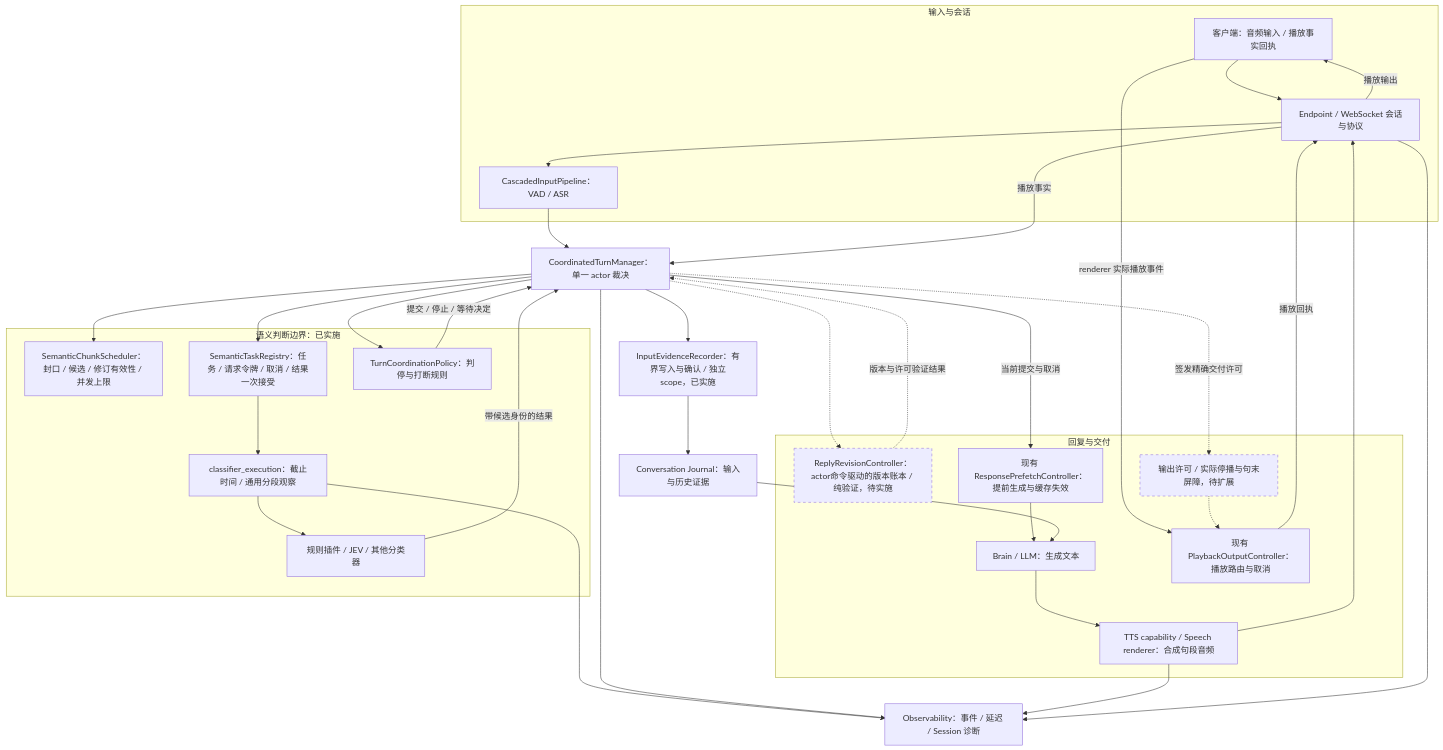
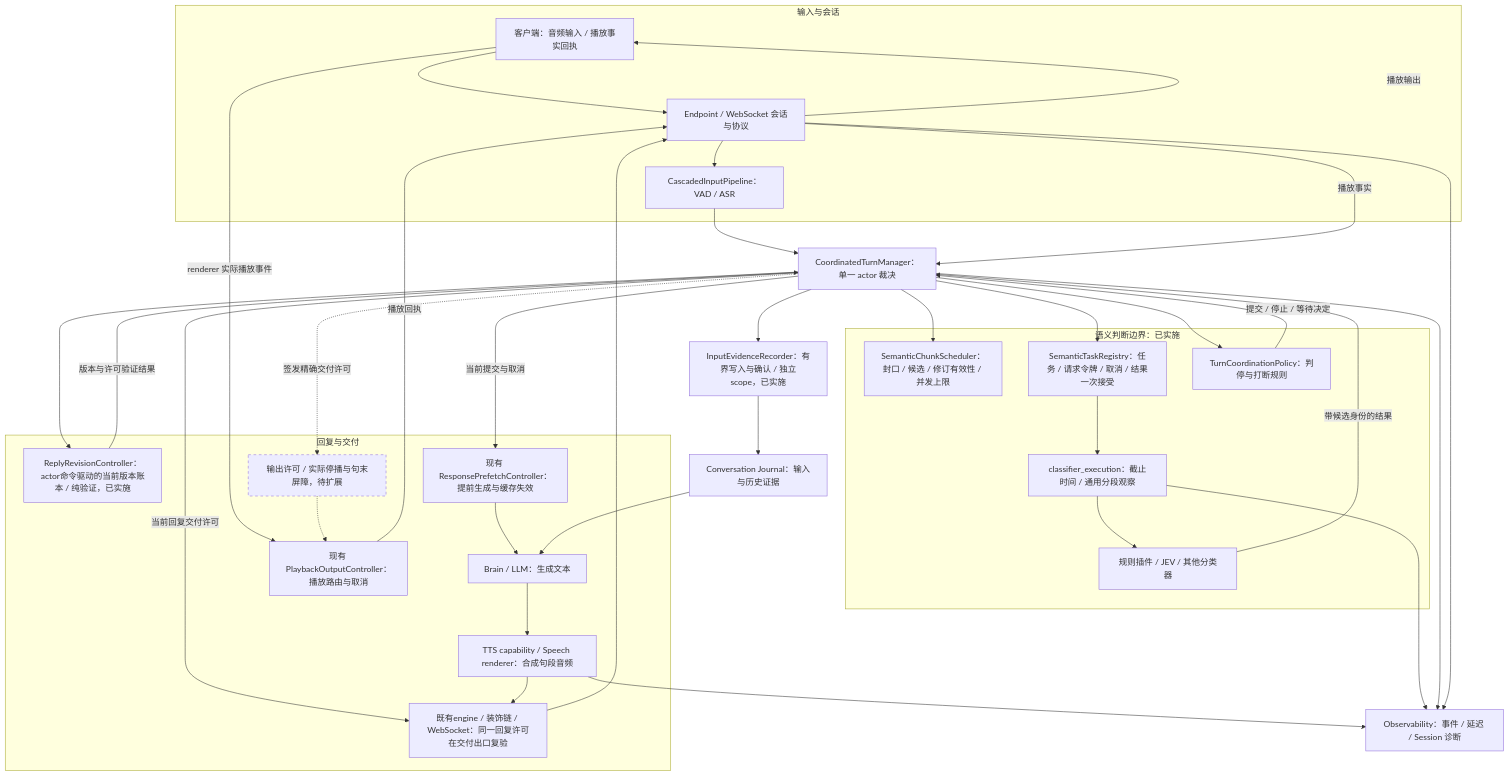
The diagram in docs/design/2026-10-05-voice-framework-boundaries.md (happy-token/OpenRealtime), drawn with Mermaid before and after one commit. The commit also changed other lines of this file and 24 other files, not shown here.

````diff
--- a/docs/design/2026-10-05-voice-framework-boundaries.md
+++ b/docs/design/2026-10-05-voice-framework-boundaries.md
@@ -7,51 +7,54 @@
 ```mermaid
 flowchart TB
  subgraph Ingress[输入与会话]
   Client[客户端：音频输入 / 播放事实回执]
   Transport[Endpoint / WebSocket 会话与协议]
   Input[CascadedInputPipeline：VAD / ASR]
  end
  Client --> Transport --> Input
  Input --> Actor[CoordinatedTurnManager：单一 actor 裁决]
  subgraph Semantic[语义判断边界：已实施]
   Chunk[SemanticChunkScheduler：封口 / 候选 / 修订有效性 / 并发上限]
   Tasks[SemanticTaskRegistry：任务 / 请求令牌 / 取消 / 结果一次接受]
   Exec[classifier_execution：截止时间 / 通用分段观察]
   Policy[TurnCoordinationPolicy：判停与打断规则]
   Plugins[规则插件 / JEV / 其他分类器]
  end
  Actor --> Chunk
  Actor --> Tasks
  Tasks --> Exec --> Plugins
  Plugins -->|带候选身份的结果| Actor
  Actor --> Policy
  Policy -->|提交 / 停止 / 等待决定| Actor
  subgraph Reply[回复与交付]
-  Revision[ReplyRevisionController：actor命令驱动的版本账本 / 纯验证，待实施]
+  Revision[ReplyRevisionController：actor命令驱动的当前版本账本 / 纯验证，已实施]
   Prefetch[现有 ResponsePrefetchController：提前生成与缓存失效]
   Brain[Brain / LLM：生成文本]
   Speech[TTS capability / Speech renderer：合成句段音频]
   Output[现有 PlaybackOutputController：播放路由与取消]
   Sentence[输出许可 / 实际停播与句末屏障，待扩展]
+  Gate[既有engine / 装饰链 / WebSocket：同一回复许可在交付出口复验]
  end
- Actor -->|当前提交与取消| Prefetch --> Brain --> Speech --> Transport
+ Actor -->|当前提交与取消| Prefetch --> Brain --> Speech
  Transport -->|播放输出| Client
  Client -->|renderer 实际播放事件| Output
  Output -->|播放回执| Transport
  Transport -->|播放事实| Actor
- Actor -.-> Revision
- Revision -.->|版本与许可验证结果| Actor
+ Actor --> Revision
+ Revision -->|版本与许可验证结果| Actor
+ Actor -->|当前回复交付许可| Gate
+ Speech --> Gate --> Transport
  Actor -.->|签发精确交付许可| Sentence
  Sentence -.-> Output
  Journal[Conversation Journal：输入与历史证据]
  Evidence[InputEvidenceRecorder：有界写入与确认 / 独立scope，已实施]
  Actor --> Evidence --> Journal
  Journal --> Brain
  Obs[Observability：事件 / 延迟 / Session 诊断]
  Exec --> Obs
  Actor --> Obs
  Speech --> Obs
  Transport --> Obs
  classDef planned stroke-dasharray: 5 5
- class Revision,Sentence planned
+ class Sentence planned
 ```
````
